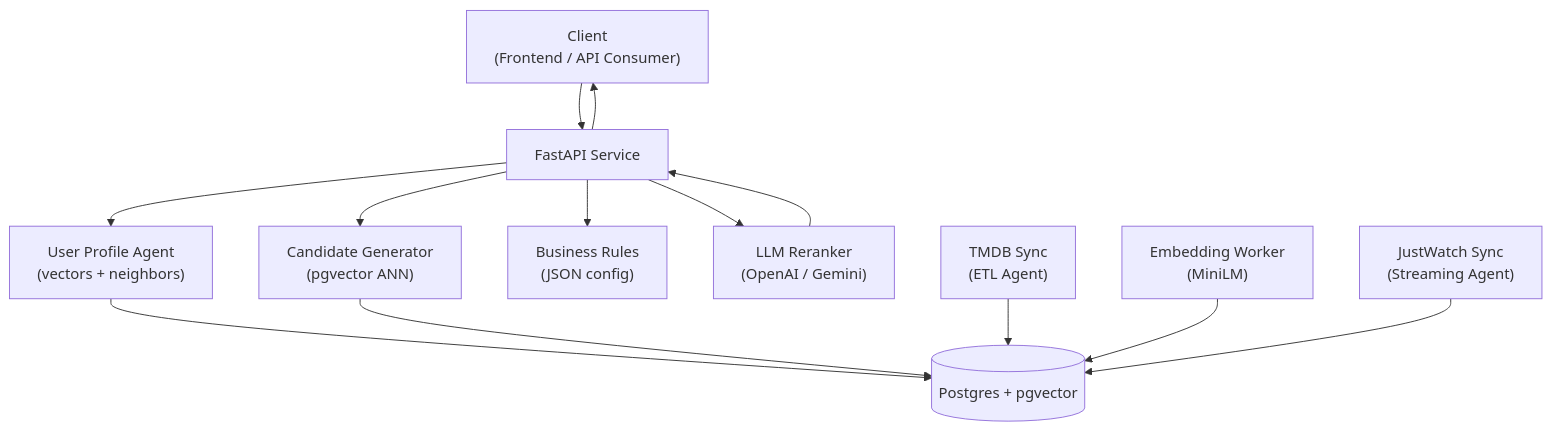
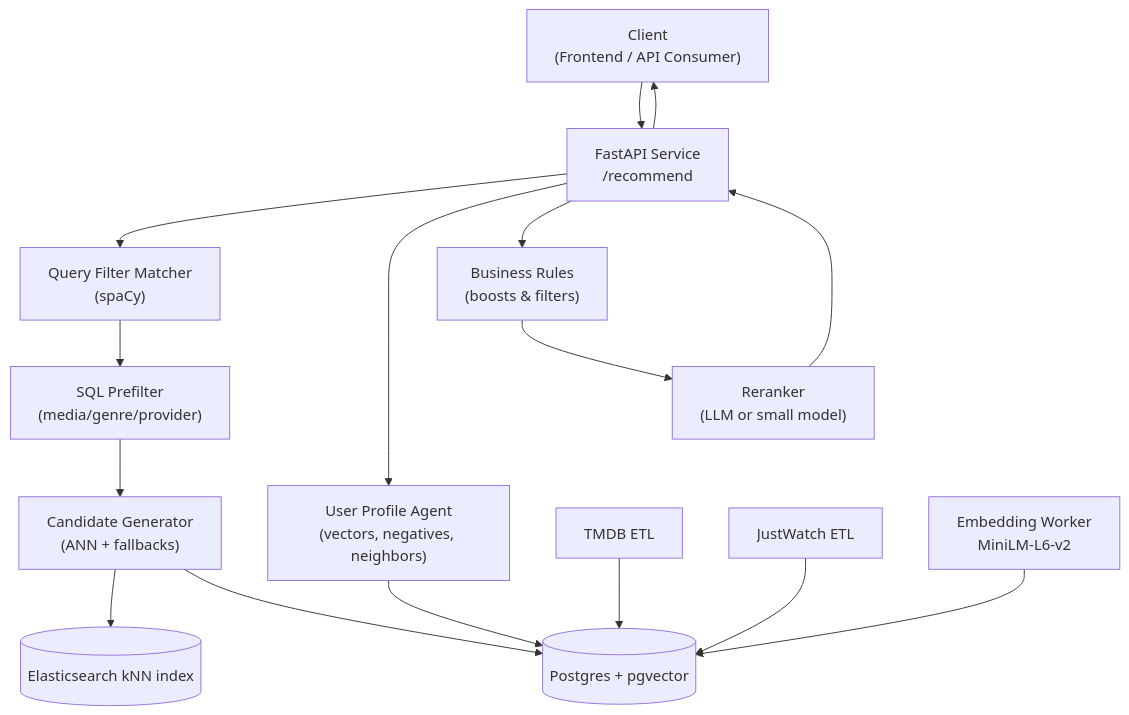
The first of 2 diagrams in README.md (natanayalo/SeenemAll), drawn with Mermaid before and after one commit. The commit also changed other lines of this file and 58 other files, not shown here.

````diff
--- a/README.md
+++ b/README.md
@@ -21,27 +26,33 @@
 ```mermaid
 graph TD
     Client["Client<br/>(Frontend / API Consumer)"]
-    API["FastAPI Service"]
-    Profiles["User Profile Agent<br/>(vectors + neighbors)"]
-    Candidates["Candidate Generator<br/>(pgvector ANN)"]
-    Rules["Business Rules<br/>(JSON config)"]
-    Reranker["LLM Reranker<br/>(OpenAI / Gemini)"]
-    DB[(Postgres + pgvector)]
-    TMDBETL["TMDB Sync<br/>(ETL Agent)"]
-    Embedder["Embedding Worker<br/>(MiniLM)"]
-    JustWatch["JustWatch Sync<br/>(Streaming Agent)"]
+    API["FastAPI Service<br/>/recommend"]
+    Matcher["Query Filter Matcher<br/>(spaCy)"]
+    Profiles["User Profile Agent<br/>(vectors, negatives, neighbors)"]
+    Prefilter["SQL Prefilter<br/>(media/genre/provider)"]
+    Candidates["Candidate Generator<br/>(ANN + fallbacks)"]
+    Rules["Business Rules<br/>(boosts & filters)"]
+    Reranker["Reranker<br/>(LLM or small model)"]
+    History[(Postgres + pgvector)]
+    ES[(Elasticsearch kNN index)]
+    TMDB["TMDB ETL"]
+    JustWatch["JustWatch ETL"]
+    Embedder["Embedding Worker<br/>MiniLM-L6-v2"]
 
     Client --> API
+    API --> Matcher
     API --> Profiles
-    API --> Candidates
-    Profiles --> DB
-    Candidates --> DB
+    Profiles --> History
+    Matcher --> Prefilter
+    Prefilter --> Candidates
+    Candidates --> ES
+    Candidates --> History
     API --> Rules
-    API --> Reranker
+    Rules --> Reranker
     Reranker --> API
     API --> Client
 
-    TMDBETL --> DB
-    Embedder --> DB
-    JustWatch --> DB
+    TMDB --> History
+    JustWatch --> History
+    Embedder --> History
 ```
````
